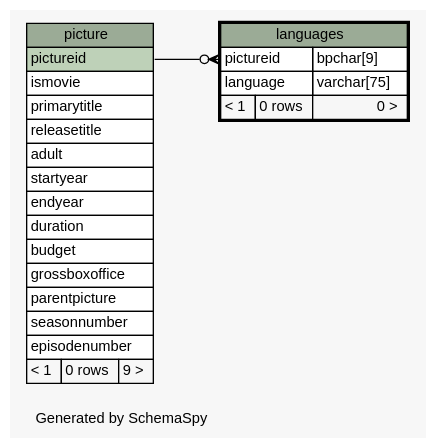
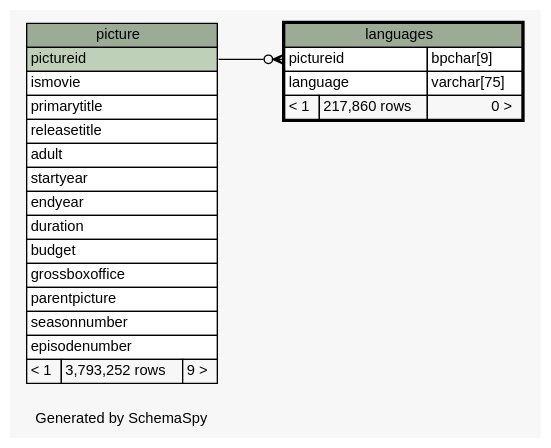
Before and after one commit to sipian/CS3563-DBMS: the diagram in populating-tables/schemaspy/diagrams/languages.1degree.dot, drawn with Graphviz. The commit also changed 65 other files, not shown here.

```diff
--- a/populating-tables/schemaspy/diagrams/languages.1degree.dot
+++ b/populating-tables/schemaspy/diagrams/languages.1degree.dot
@@ -1,56 +1,56 @@
 // dot 2.38.0 on Linux 4.13.0-32-generic
 // SchemaSpy rev 590
 digraph "oneDegreeRelationshipsDiagram" {
   graph [
     rankdir="RL"
     bgcolor="#f7f7f7"
     label="\nGenerated by SchemaSpy"
     labeljust="l"
     nodesep="0.18"
     ranksep="0.46"
     fontname="Helvetica"
     fontsize="11"
   ];
   node [
     fontname="Helvetica"
     fontsize="11"
     shape="plaintext"
   ];
   edge [
     arrowsize="0.8"
   ];
   "languages":"pictureid":w -> "picture":"pictureid":e [arrowhead=none dir=back arrowtail=crowodot];
   "languages" [
     label=<
     <TABLE BORDER="2" CELLBORDER="1" CELLSPACING="0" BGCOLOR="#ffffff">
       <TR><TD COLSPAN="3" BGCOLOR="#9bab96" ALIGN="CENTER">languages</TD></TR>
       <TR><TD PORT="pictureid" COLSPAN="2" ALIGN="LEFT">pictureid</TD><TD PORT="pictureid.type" ALIGN="LEFT">bpchar[9]</TD></TR>
       <TR><TD PORT="language" COLSPAN="2" ALIGN="LEFT">language</TD><TD PORT="language.type" ALIGN="LEFT">varchar[75]</TD></TR>
-      <TR><TD ALIGN="LEFT" BGCOLOR="#f7f7f7">&lt; 1</TD><TD ALIGN="RIGHT" BGCOLOR="#f7f7f7">0 rows</TD><TD ALIGN="RIGHT" BGCOLOR="#f7f7f7">0 &gt;</TD></TR>
+      <TR><TD ALIGN="LEFT" BGCOLOR="#f7f7f7">&lt; 1</TD><TD ALIGN="RIGHT" BGCOLOR="#f7f7f7">217,860 rows</TD><TD ALIGN="RIGHT" BGCOLOR="#f7f7f7">0 &gt;</TD></TR>
     </TABLE>>
     URL="languages.html"
     tooltip="languages"
   ];
   "picture" [
     label=<
     <TABLE BORDER="0" CELLBORDER="1" CELLSPACING="0" BGCOLOR="#ffffff">
       <TR><TD COLSPAN="3" BGCOLOR="#9bab96" ALIGN="CENTER">picture</TD></TR>
       <TR><TD PORT="pictureid" COLSPAN="3" BGCOLOR="#bed1b8" ALIGN="LEFT">pictureid</TD></TR>
       <TR><TD PORT="ismovie" COLSPAN="3" ALIGN="LEFT">ismovie</TD></TR>
       <TR><TD PORT="primarytitle" COLSPAN="3" ALIGN="LEFT">primarytitle</TD></TR>
       <TR><TD PORT="releasetitle" COLSPAN="3" ALIGN="LEFT">releasetitle</TD></TR>
       <TR><TD PORT="adult" COLSPAN="3" ALIGN="LEFT">adult</TD></TR>
       <TR><TD PORT="startyear" COLSPAN="3" ALIGN="LEFT">startyear</TD></TR>
       <TR><TD PORT="endyear" COLSPAN="3" ALIGN="LEFT">endyear</TD></TR>
       <TR><TD PORT="duration" COLSPAN="3" ALIGN="LEFT">duration</TD></TR>
       <TR><TD PORT="budget" COLSPAN="3" ALIGN="LEFT">budget</TD></TR>
       <TR><TD PORT="grossboxoffice" COLSPAN="3" ALIGN="LEFT">grossboxoffice</TD></TR>
       <TR><TD PORT="parentpicture" COLSPAN="3" ALIGN="LEFT">parentpicture</TD></TR>
       <TR><TD PORT="seasonnumber" COLSPAN="3" ALIGN="LEFT">seasonnumber</TD></TR>
       <TR><TD PORT="episodenumber" COLSPAN="3" ALIGN="LEFT">episodenumber</TD></TR>
-      <TR><TD ALIGN="LEFT" BGCOLOR="#f7f7f7">&lt; 1</TD><TD ALIGN="RIGHT" BGCOLOR="#f7f7f7">0 rows</TD><TD ALIGN="RIGHT" BGCOLOR="#f7f7f7">9 &gt;</TD></TR>
+      <TR><TD ALIGN="LEFT" BGCOLOR="#f7f7f7">&lt; 1</TD><TD ALIGN="RIGHT" BGCOLOR="#f7f7f7">3,793,252 rows</TD><TD ALIGN="RIGHT" BGCOLOR="#f7f7f7">9 &gt;</TD></TR>
     </TABLE>>
     URL="picture.html"
     tooltip="picture"
   ];
 }
```
